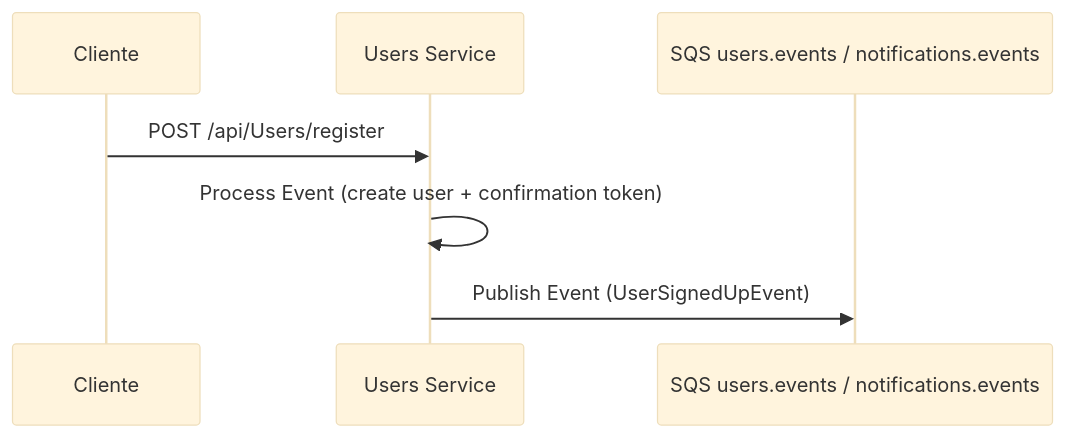
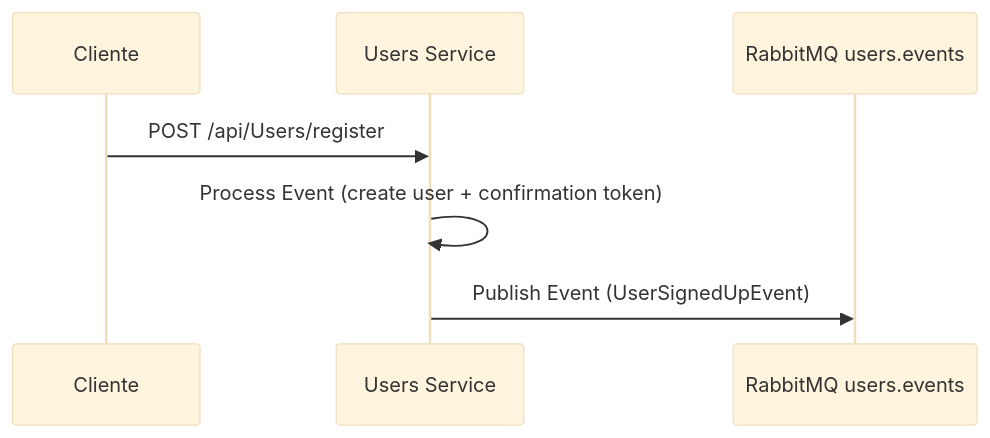
The third of 5 diagrams in README.md (louresb/cloud-games-fase-4-users), drawn with Mermaid (base theme) before and after one commit. The commit also changed other lines of this file and 1 other file, not shown here.

Commit message:
Align users documentation and dependency patch

````diff
--- a/README.md
+++ b/README.md
@@ -97,10 +94,10 @@
 ```mermaid
 sequenceDiagram
     participant Client as Cliente
     participant Users as Users Service
-    participant SQSEvents as SQS users.events / notifications.events
+    participant Events as RabbitMQ users.events
 
     Client->>Users: POST /api/Users/register
     Users->>Users: Process Event (create user + confirmation token)
-    Users->>SQSEvents: Publish Event (UserSignedUpEvent)
+    Users->>Events: Publish Event (UserSignedUpEvent)
 ```
````
